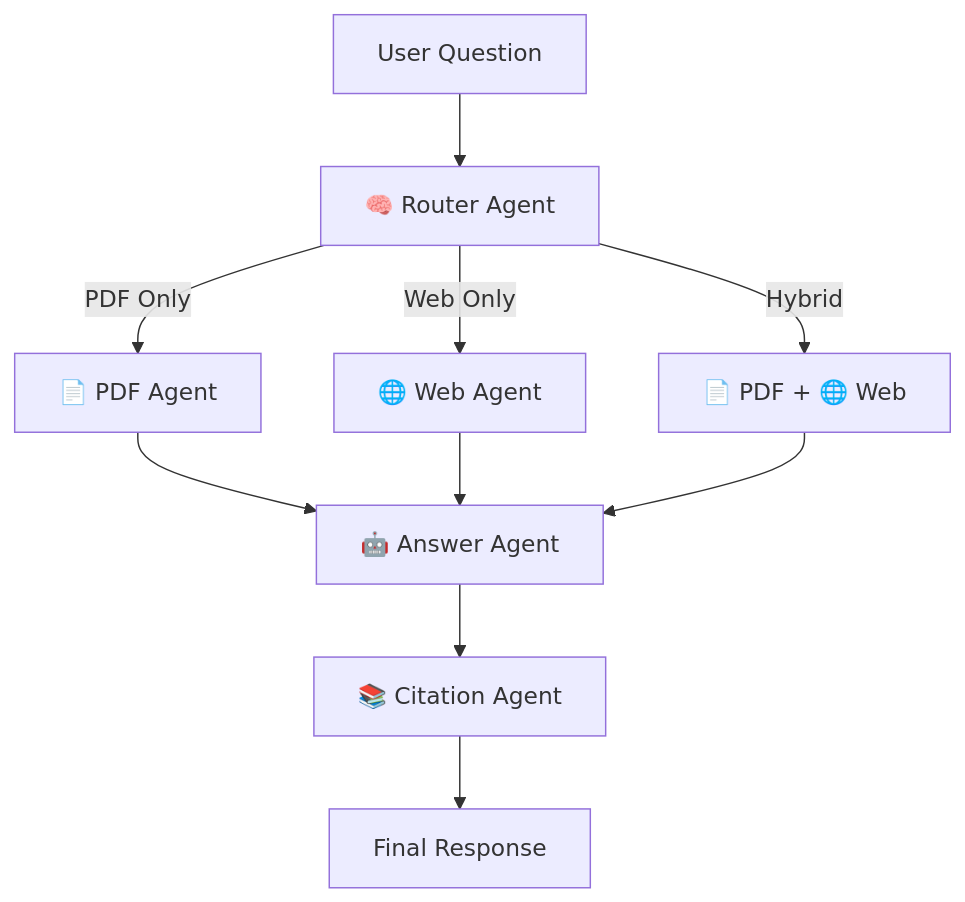
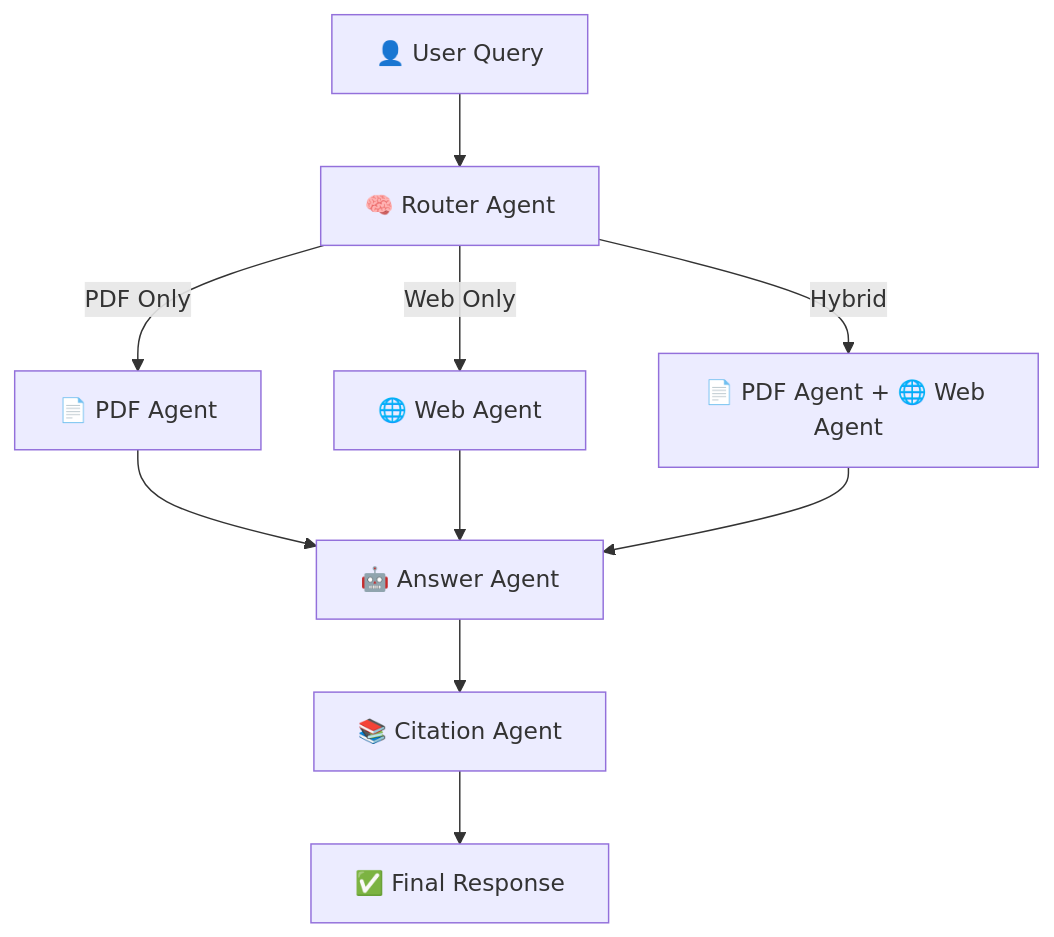
One commit to shubhamm-27/OmniResearchAI changed the second of 3 diagrams in README.md. Above: the diagram before and after it, drawn with Mermaid. The commit also changed other lines of this file, not shown here.

````diff
--- a/README.md
+++ b/README.md
@@ -133,23 +136,23 @@
 ```mermaid
 flowchart TD
 
-A[User Question]
+A[👤 User Query]
 
 A --> B[🧠 Router Agent]
 
 B -->|PDF Only| C[📄 PDF Agent]
 
 B -->|Web Only| D[🌐 Web Agent]
 
-B -->|Hybrid| E[📄 PDF + 🌐 Web]
+B -->|Hybrid| E[📄 PDF Agent + 🌐 Web Agent]
 
 C --> F[🤖 Answer Agent]
 
 D --> F
 
 E --> F
 
 F --> G[📚 Citation Agent]
 
-G --> H[Final Response]
+G --> H[✅ Final Response]
 ```
````
